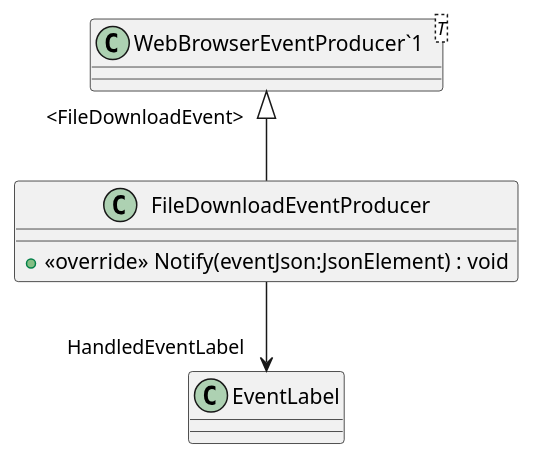
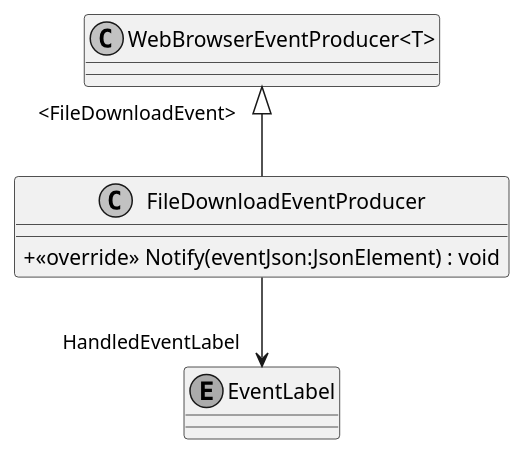
One commit to insightmind/MORR changed the diagram in application/plantuml/Modules/WebBrowser/Producers/FileDownloadEventProducer.puml. Above: the diagram before and after it, drawn with PlantUML. The commit also changed 14 other files, not shown here.

```diff
--- a/application/plantuml/Modules/WebBrowser/Producers/FileDownloadEventProducer.puml
+++ b/application/plantuml/Modules/WebBrowser/Producers/FileDownloadEventProducer.puml
@@ -1,9 +1,12 @@
 @startuml
+skinparam monochrome true
+skinparam ClassAttributeIconSize 0
 class FileDownloadEventProducer {
     + <<override>> Notify(eventJson:JsonElement) : void
 }
-class "WebBrowserEventProducer`1"<T> {
+class "WebBrowserEventProducer<T>" {
 }
-"WebBrowserEventProducer`1" "<FileDownloadEvent>" <|-- FileDownloadEventProducer
+enum "EventLabel"
+"WebBrowserEventProducer<T>" "    <FileDownloadEvent>" <|-- FileDownloadEventProducer
 FileDownloadEventProducer --> "HandledEventLabel" EventLabel
 @enduml
```
